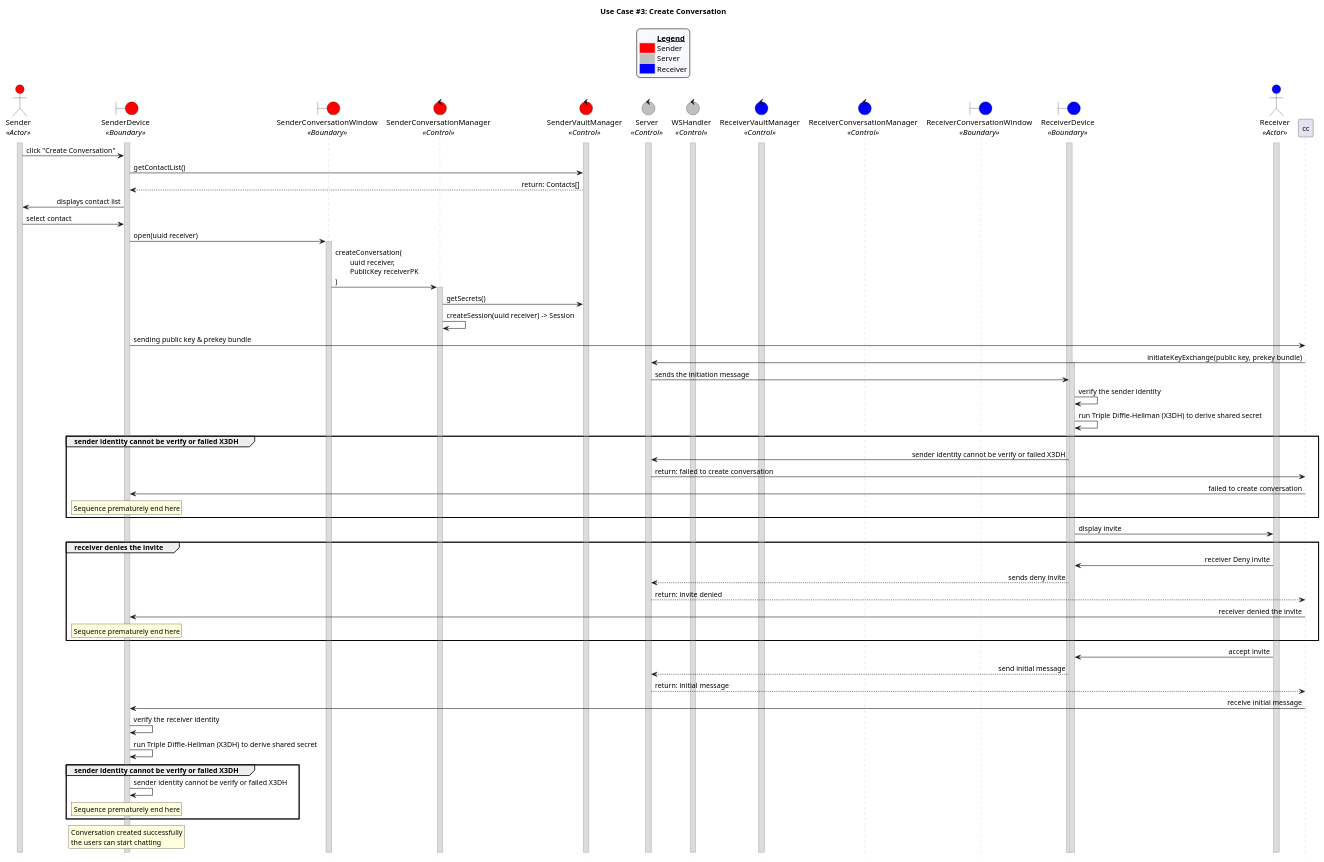
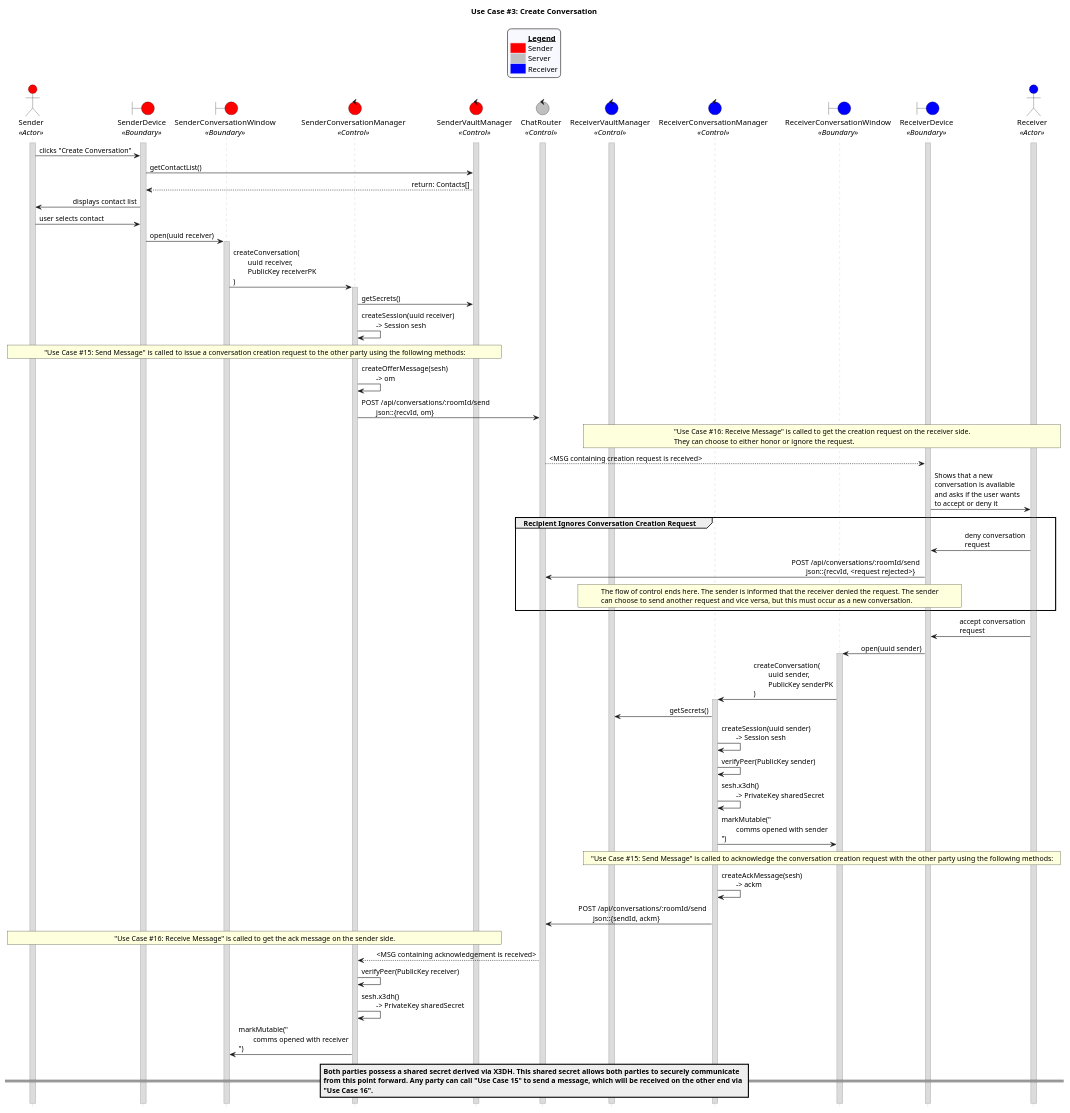
One commit to CECS-491-SP24-Group-1/seq-diagrams changed the diagram in uc_03.puml. Above: the diagram before and after it, drawn with PlantUML.

Commit message:
finish uc03

```diff
--- a/uc_03.puml
+++ b/uc_03.puml
@@ -1,127 +1,136 @@
 @startuml uc03
 title "Use Case #3: Create Conversation"
 
 'Styling goes here
 hide footbox
 skinparam stereotypePosition bottom
 skinparam sequenceMessageAlign direction
 skinparam sequence {
 	LifeLineBorderColor #Silver
 	LifeLineBackgroundColor #Gainsboro
 }
 
 'Add a legend plus styling
 skinparam legend {
 	backgroundColor #GhostWhite
 	entrySeparator #GhostWhite
 }
 
 legend top
 	<#GhostWhite,#GhostWhite>|	|= __Legend__ |
 	|<#red> | Sender|
 	|<#silver> | Server|
 	|<#blue> | Receiver|
 endlegend
 
 'Setup the objects involved here
 actor Sender as s <<Actor>> #red
 boundary SenderDevice as sd <<Boundary>> #red
 boundary SenderConversationWindow as scw <<Boundary>> #red
 control SenderConversationManager as scm <<Control>> #red
 control SenderVaultManager as svm <<Control>> #red
-control Server as srv <<Control>> #silver
-control WSHandler as ws <<Control>> #silver
+control ChatRouter as cr <<Control>> #silver
 control ReceiverVaultManager as rvm <<Control>> #blue
 control ReceiverConversationManager as rcm <<Control>> #blue
 boundary ReceiverConversationWindow as rcw <<Boundary>> #blue
 boundary ReceiverDevice as rd <<Boundary>> #blue
 actor Receiver as r <<Actor>> #blue
 
 'Setup persistent objects here
 activate s
 activate sd
 activate svm
-activate srv
-activate ws
+activate cr
 activate rvm
 activate rd
 activate r
 
 '--- FLOW OF CONTROL STARTS HERE ---
 'Sender press creates conversation and select the user from the contact list. The sender's vault manager gets the user's details.
-s -> sd: click "Create Conversation"
+s -> sd: clicks "Create Conversation"
 sd -> svm: getContactList()
 svm --> sd: return: Contacts[]
 sd -> s: displays contact list
-s -> sd: select contact
+s -> sd: user selects contact
 
 'Sender's device creates a new conversation handler and window and performs the first steps of the cryptographic key exchange operation.
 sd -> scw: open(uuid receiver)
 activate scw
 scw -> scm: createConversation(\n\tuuid receiver, \n\tPublicKey receiverPK\n)
 activate scm
 scm -> svm: getSecrets()
-scm -> scm: createSession(uuid receiver) -> Session
+scm -> scm: createSession(uuid receiver) \n\t-> Session sesh
 
+'The initiating party creates a message containing their public key and prekey bundle and sends it to the server. This is the Offer phase of the key exchange operation.
+rnote over s, svm
+	"Use Case #15: Send Message" is called to issue a conversation creation request to the other party using the following methods:
+endrnote
+scm -> scm: createOfferMessage(sesh) \n\t-> om
 
-'---------------------------------------------------
+'The server sends the initiation message to the responding party.
+scm -> cr: POST /api/conversations/:roomId/send \n\tjson::{recvId, om}
 
-' Sender device sends the public key and prekey bundle to the server
-sd -> cc: sending public key & prekey bundle
-cc -> srv: initiateKeyExchange(public key, prekey bundle)
+'===================== receiver's turn to act (1)
 
-' Server sends the initiation message to the receiver device and receiver device verifies the sender identity
-activate rd
-srv -> rd: sends the initiation message
-rd -> rd: verify the sender identity
-rd -> rd: run Triple Diffie-Hellman (X3DH) to derive shared secret
+'The responding user receives the chat via Use Case 16: Receive Chat and detects the create request.
+rnote over r, rvm
+	"Use Case #16: Receive Message" is called to get the creation request on the receiver side.
+	They can choose to either honor or ignore the request.
+endrnote
+cr --> rd: <MSG containing creation request is received>
+rd -> r: Shows that a new \nconversation is available \nand asks if the user wants \nto accept or deny it
 
-' Failed Case: Sender identity cannot be verify or failed X3DH
-group sender identity cannot be verify or failed X3DH
-	rd -> srv: sender identity cannot be verify or failed X3DH
-	srv -> cc: return: failed to create conversation
-	cc -> sd: failed to create conversation
-	rnote over sd
-	Sequence prematurely end here
-	end note
+'Recipient can choose to honor the request or ignore it
+'Case 1: The request is ignored
+group Recipient Ignores Conversation Creation Request
+	r -> rd: deny conversation \nrequest
+	rd -> cr: POST /api/conversations/:roomId/send \n\tjson::{recvId, <request rejected>}
+	rnote over rvm, rd
+		The flow of control ends here. The sender is informed that the receiver denied the request. The sender
+		can choose to send another request and vice versa, but this must occur as a new conversation.
+	endrnote
 end
 
-' Default case: Sender identity verified and X3DH success
-rd -> r: display invite
+'The responding party fetches the message and verifies the identity of the initiating party.
+r -> rd: accept conversation \nrequest
 
-' Failed Case: Receiver denies the invite
-group receiver denies the invite
-	r -> rd: receiver Deny invite
-	rd --> srv: sends deny invite
-	srv --> cc: return: invite denied
-	cc -> sd: receiver denied the invite
-	rnote over sd
-	Sequence prematurely end here
-	end note
-end
+'A conversation instance is started for the receiving party.
+rd -> rcw: open(uuid sender)
+activate rcw
+rcw -> rcm: createConversation(\n\tuuid sender, \n\tPublicKey senderPK\n)
+activate rcm
+rcm -> rvm: getSecrets()
+rcm -> rcm: createSession(uuid sender) \n\t-> Session sesh
 
-' Receiver accepts the invite
-r -> rd: accept invite
-rd --> srv: send initial message
-srv --> cc: return: initial message
-cc -> sd: receive initial message
+'Next, the responding party runs the Triple Diffie-Hellman (X3DH) operation to derive their shared secret.
+rcm -> rcm: verifyPeer(PublicKey sender)
+rcm -> rcm: sesh.x3dh() \n\t-> PrivateKey sharedSecret
+rcm -> rcw: markMutable("\n\tcomms opened with sender\n")
 
-' Sender device receives the initial message and verify the receiver identity
-sd -> sd: verify the receiver identity
-sd -> sd: run Triple Diffie-Hellman (X3DH) to derive shared secret
+'Finally, an initial message is created, encrypted, and sent to the server. This is the Acknowledgement phase of the key exchange operation.
+rnote over r, rvm
+	"Use Case #15: Send Message" is called to acknowledge the conversation creation request with the other party using the following methods:
+endrnote
+rcm -> rcm: createAckMessage(sesh) \n\t-> ackm
 
-' Failed Case: Receiver identity cannot be verify or failed X3DH
-group sender identity cannot be verify or failed X3DH
-	sd -> sd: sender identity cannot be verify or failed X3DH
-	rnote over sd
-	Sequence prematurely end here
-	end note
-end
+'The server sends the ack message to the initiating party.
+rcm -> cr: POST /api/conversations/:roomId/send \n\tjson::{sendId, ackm}
 
-rnote over sd
-  Conversation created successfully
-  the users can start chatting
-end note
+'===================== sender's turn to act (2)
+
+'The sending user receives the chat via Use Case 16: Receive Chat and detects the ack request.
+rnote over s, svm
+	"Use Case #16: Receive Message" is called to get the ack message on the sender side.
+endrnote
+cr --> scm: <MSG containing acknowledgement is received>
+
+'The initiating party fetches the message and verifies the identity of the responding party. Next, the initiating party runs the Triple Diffie-Hellman (X3DH) operation to derive their shared secret.
+scm -> scm: verifyPeer(PublicKey receiver)
+scm -> scm: sesh.x3dh() \n\t-> PrivateKey sharedSecret
+scm -> scw: markMutable("\n\tcomms opened with receiver\n")
+
+'At this point, both parties are ready to communicate.
+== Both parties possess a shared secret derived via X3DH. This shared secret allows both parties to securely communicate \nfrom this point forward. Any party can call "Use Case 15" to send a message, which will be received on the other end via \n"Use Case 16". ==
 
 '--- FLOW OF CONTROL ENDS HERE   ---
 @enduml
```
